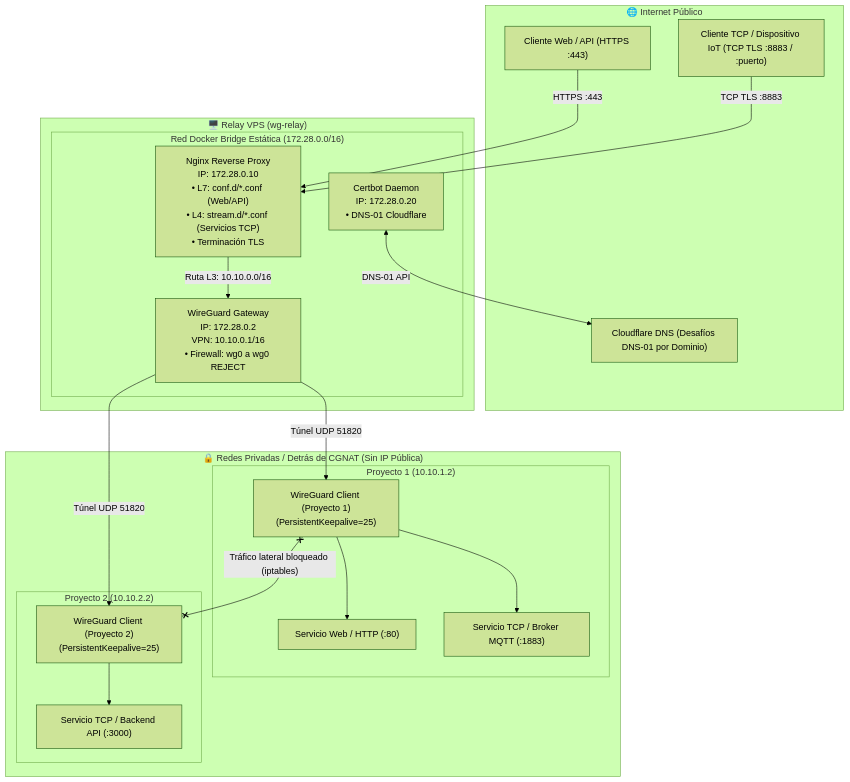
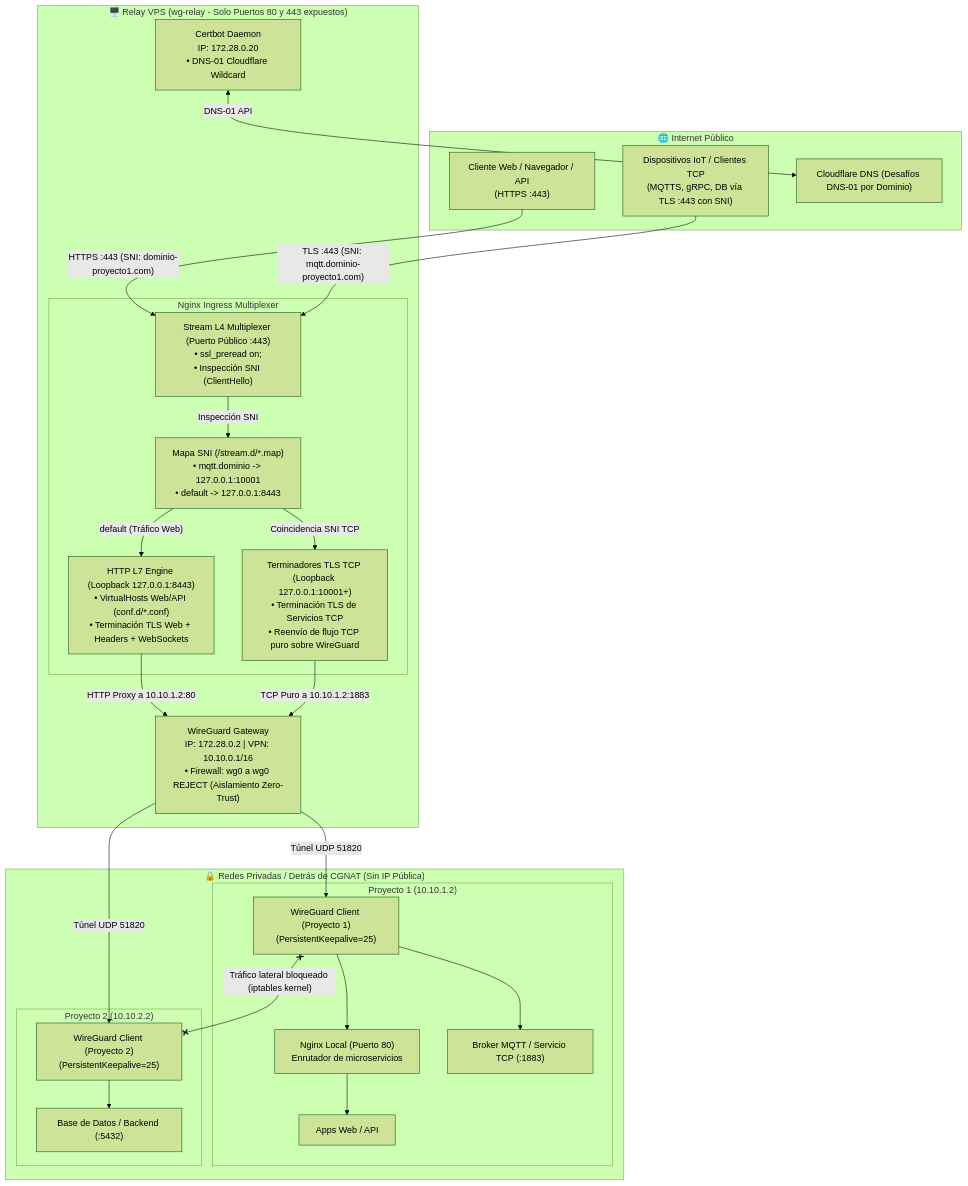
Before and after one commit to AndyPecotche/wg-relay: the diagram in README.md, drawn with Mermaid (forest theme). The commit also changed other lines of this file and 9 other files, not shown here.

Commit message:
feat(nginx): implement universal SNI preread multiplexer on port 443 for web and TCP services

````diff
--- a/README.md
+++ b/README.md
@@ -24,44 +24,55 @@
 ```mermaid
 flowchart TD
     subgraph Internet ["🌐 Internet Público"]
-        ClientWeb["Cliente Web / API (HTTPS :443)"]
-        ClientTCP["Cliente TCP / Dispositivo IoT (TCP TLS :8883 / :puerto)"]
+        ClientWeb["Cliente Web / Navegador / API<br/>(HTTPS :443)"]
+        ClientTCP["Dispositivos IoT / Clientes TCP<br/>(MQTTS, gRPC, DB vía TLS :443 con SNI)"]
         CF_DNS["Cloudflare DNS (Desafíos DNS-01 por Dominio)"]
     end
 
-    subgraph VPS ["🖥️ Relay VPS (wg-relay)"]
-        subgraph DockerNet ["Red Docker Bridge Estática (172.28.0.0/16)"]
-            Nginx["Nginx Reverse Proxy<br/>IP: 172.28.0.10<br/>• L7: conf.d/*.conf (Web/API)<br/>• L4: stream.d/*.conf (Servicios TCP)<br/>• Terminación TLS"]
-            WG_Server["WireGuard Gateway<br/>IP: 172.28.0.2<br/>VPN: 10.10.0.1/16<br/>• Firewall: wg0 a wg0 REJECT"]
-            Certbot["Certbot Daemon<br/>IP: 172.28.0.20<br/>• DNS-01 Cloudflare"]
+    subgraph VPS ["🖥️ Relay VPS (wg-relay - Solo Puertos 80 y 443 expuestos)"]
+        subgraph NginxArch ["Nginx Ingress Multiplexer"]
+            StreamL4["Stream L4 Multiplexer (Puerto Público :443)<br/>• ssl_preread on;<br/>• Inspección SNI (ClientHello)"]
+            MapRules["Mapa SNI (/stream.d/*.map)<br/>• mqtt.dominio -> 127.0.0.1:10001<br/>• default -> 127.0.0.1:8443"]
+            HttpL7["HTTP L7 Engine (Loopback 127.0.0.1:8443)<br/>• VirtualHosts Web/API (conf.d/*.conf)<br/>• Terminación TLS Web + Headers + WebSockets"]
+            TermL4["Terminadores TLS TCP (Loopback 127.0.0.1:10001+)<br/>• Terminación TLS de Servicios TCP<br/>• Reenvío de flujo TCP puro sobre WireGuard"]
         end
+        WG_Server["WireGuard Gateway<br/>IP: 172.28.0.2 | VPN: 10.10.0.1/16<br/>• Firewall: wg0 a wg0 REJECT (Aislamiento Zero-Trust)"]
+        Certbot["Certbot Daemon<br/>IP: 172.28.0.20<br/>• DNS-01 Cloudflare Wildcard"]
     end
 
     subgraph CGNAT_Area ["🔒 Redes Privadas / Detrás de CGNAT (Sin IP Pública)"]
         subgraph Proj1 ["Proyecto 1 (10.10.1.2)"]
             WG_Peer1["WireGuard Client (Proyecto 1)<br/>(PersistentKeepalive=25)"]
-            Web1["Servicio Web / HTTP (:80)"]
-            TCP1["Servicio TCP / Broker MQTT (:1883)"]
+            NginxLoc1["Nginx Local (Puerto 80)<br/>Enrutador de microservicios"]
+            App1["Apps Web / API"]
+            Broker1["Broker MQTT / Servicio TCP (:1883)"]
         end
 
         subgraph Proj2 ["Proyecto 2 (10.10.2.2)"]
             WG_Peer2["WireGuard Client (Proyecto 2)<br/>(PersistentKeepalive=25)"]
-            TCP2["Servicio TCP / Backend API (:3000)"]
+            DB2["Base de Datos / Backend (:5432)"]
         end
     end
 
-    ClientWeb -->|"HTTPS :443"| Nginx
-    ClientTCP -->|"TCP TLS :8883"| Nginx
+    ClientWeb -->|"HTTPS :443 (SNI: dominio-proyecto1.com)"| StreamL4
+    ClientTCP -->|"TLS :443 (SNI: mqtt.dominio-proyecto1.com)"| StreamL4
     Certbot <-->|"DNS-01 API"| CF_DNS
 
-    Nginx -->|"Ruta L3: 10.10.0.0/16"| WG_Server
+    StreamL4 -->|"Inspección SNI"| MapRules
+    MapRules -->|"default (Tráfico Web)"| HttpL7
+    MapRules -->|"Coincidencia SNI TCP"| TermL4
+
+    HttpL7 -->|"HTTP Proxy a 10.10.1.2:80"| WG_Server
+    TermL4 -->|"TCP Puro a 10.10.1.2:1883"| WG_Server
+
     WG_Server -->|"Túnel UDP 51820"| WG_Peer1
     WG_Server -->|"Túnel UDP 51820"| WG_Peer2
 
-    WG_Peer1 --> Web1
-    WG_Peer1 --> TCP1
-    WG_Peer2 --> TCP2
+    WG_Peer1 --> NginxLoc1
+    NginxLoc1 --> App1
+    WG_Peer1 --> Broker1
+    WG_Peer2 --> DB2
 
     %% Aislamiento
-    WG_Peer1 x--x|"Tráfico lateral bloqueado (iptables)"| WG_Peer2
+    WG_Peer1 x--x|"Tráfico lateral bloqueado (iptables kernel)"| WG_Peer2
 ```
````
